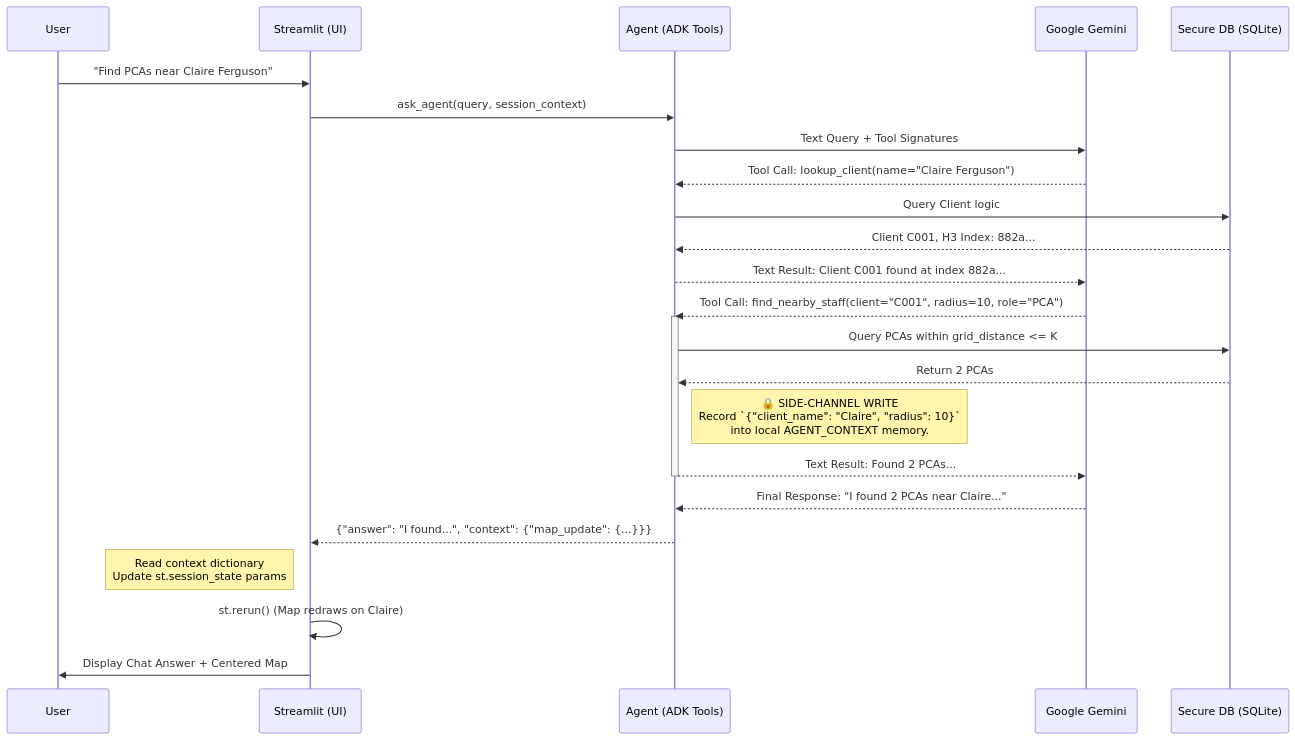
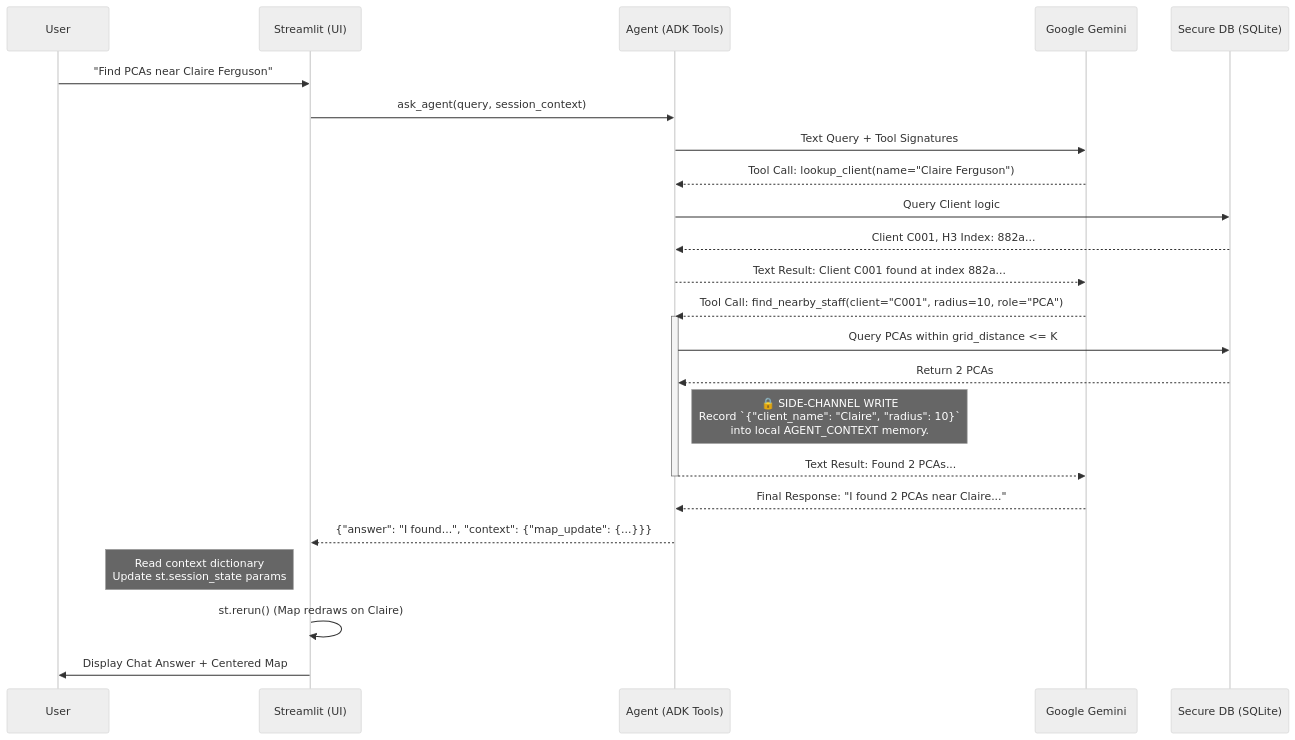
Before and after one commit to the-write-path-code/ch07-proactive-event-driven-agents: the second of 5 diagrams in workflows/architecture_workflows.md, drawn with Mermaid. The commit also changed other lines of this file, not shown here.

First line of the commit message:
Refactor mermaid diagrams and remove styles

````diff
--- a/workflows/architecture_workflows.md
+++ b/workflows/architecture_workflows.md
@@ -111,37 +106,38 @@
 ```mermaid
+%%{init: {"theme": "neutral", "themeVariables": {"fontFamily": "Arial, Helvetica, sans-serif", "fontSize": "11px", "actorFontSize": "11px", "noteFontSize": "10px", "messageFontSize": "10px"}}}%%
 sequenceDiagram
     participant User
     participant UI as Streamlit (UI)
     participant ADK as Agent (ADK Tools)
     participant LLM as Google Gemini
     participant DB as Secure DB (SQLite)
 
     User->>UI: "Find PCAs near Claire Ferguson"
     UI->>ADK: ask_agent(query, session_context)
 
     ADK->>LLM: Text Query + Tool Signatures
 
     LLM-->>ADK: Tool Call: lookup_client(name="Claire Ferguson")
     ADK->>DB: Query Client logic
     DB-->>ADK: Client C001, H3 Index: 882a...
     ADK-->>LLM: Text Result: Client C001 found at index 882a...
 
     LLM-->>ADK: Tool Call: find_nearby_staff(client="C001", radius=10, role="PCA")
 
     activate ADK
     ADK->>DB: Query PCAs within grid_distance <= K
     DB-->>ADK: Return 2 PCAs
 
     note right of ADK: 🔒 SIDE-CHANNEL WRITE<br>Record `{"client_name": "Claire", "radius": 10}`<br>into local AGENT_CONTEXT memory.
 
     ADK-->>LLM: Text Result: Found 2 PCAs...
     deactivate ADK
 
     LLM-->>ADK: Final Response: "I found 2 PCAs near Claire..."
 
     ADK-->>UI: {"answer": "I found...", "context": {"map_update": {...}}}
 
     note left of UI: Read context dictionary<br>Update st.session_state params
     UI->>UI: st.rerun() (Map redraws on Claire)
     UI->>User: Display Chat Answer + Centered Map
 ```
````
